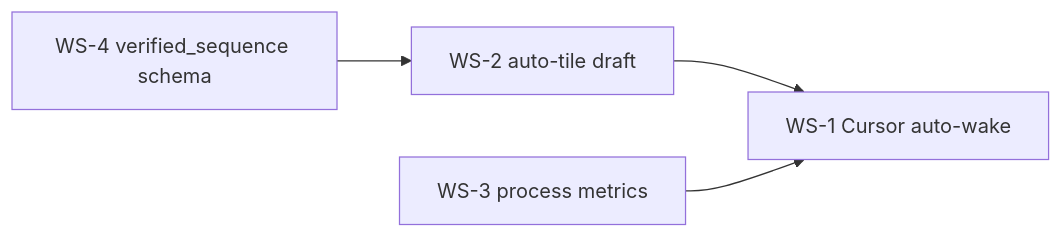
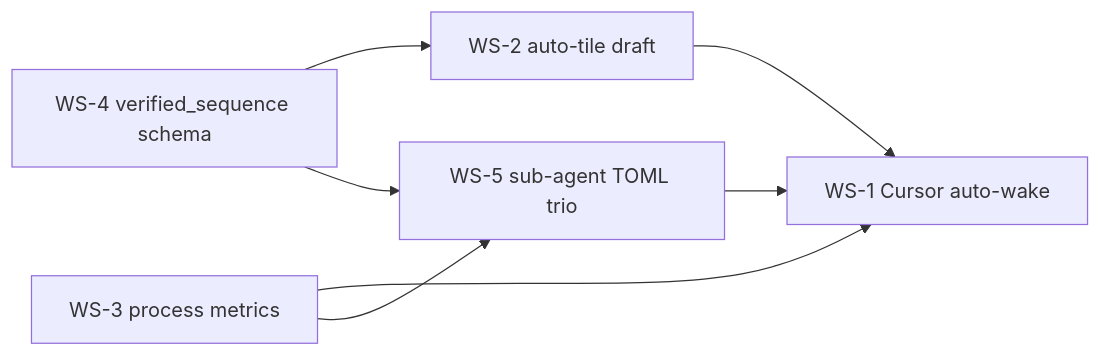
The second of 3 diagrams in docs/SUBSTRATE_WINS_PLAN.md (staticroostermedia-arch/engram), drawn with Mermaid before and after one commit. The commit also changed other lines of this file and 27 other files, not shown here.

````diff
--- a/docs/SUBSTRATE_WINS_PLAN.md
+++ b/docs/SUBSTRATE_WINS_PLAN.md
@@ -52,11 +53,15 @@
 ```mermaid
 flowchart LR
   WS4["WS-4 verified_sequence schema"]
   WS2["WS-2 auto-tile draft"]
   WS3["WS-3 process metrics"]
   WS1["WS-1 Cursor auto-wake"]
+  WS5["WS-5 sub-agent TOML trio"]
 
   WS4 --> WS2
   WS2 --> WS1
   WS3 --> WS1
+  WS3 --> WS5
+  WS4 --> WS5
+  WS5 --> WS1
 ```
````
